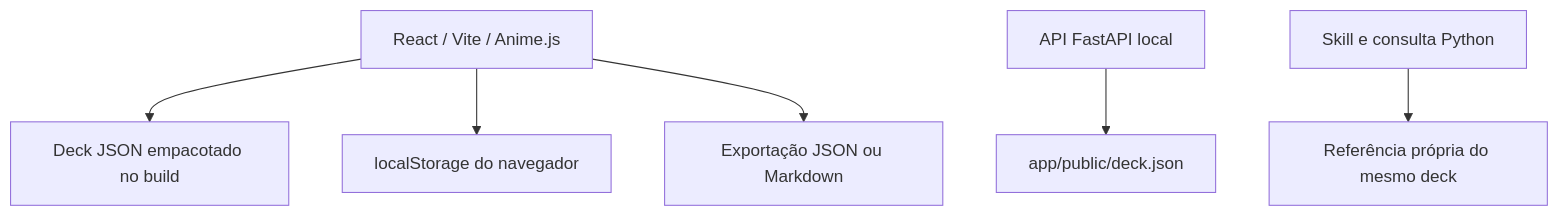
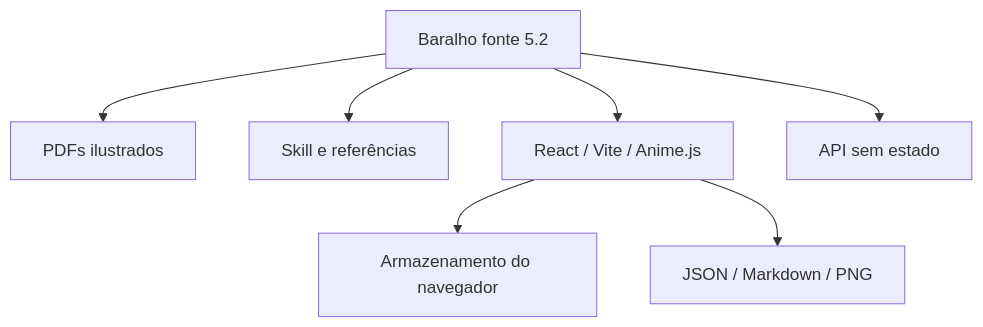
Before and after one commit to eep0x10/persona-cards: the diagram in docs/ARCHITECTURE.md, drawn with Mermaid. The commit also changed other lines of this file and 76 other files, not shown here.

````diff
--- a/docs/ARCHITECTURE.md
+++ b/docs/ARCHITECTURE.md
@@ -5,8 +5,9 @@
 ```mermaid
 flowchart TD
-  A[React / Vite / Anime.js] --> C[Deck JSON empacotado no build]
-  B[API FastAPI local] --> FONTE[app/public/deck.json]
-  A --> D[localStorage do navegador]
-  A --> E[Exportação JSON ou Markdown]
-  F[Skill e consulta Python] --> G[Referência própria do mesmo deck]
+  A[Baralho fonte 5.2] --> B[PDFs ilustrados]
+  A --> C[Skill e referências]
+  A --> D[React / Vite / Anime.js]
+  A --> E[API sem estado]
+  D --> F[Armazenamento do navegador]
+  D --> G[JSON / Markdown / PNG]
 ```
````
